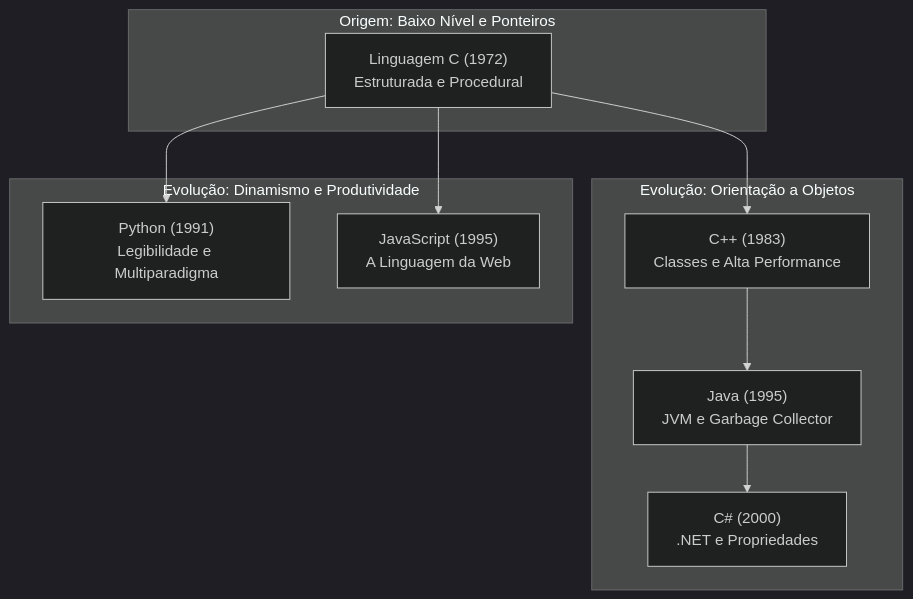
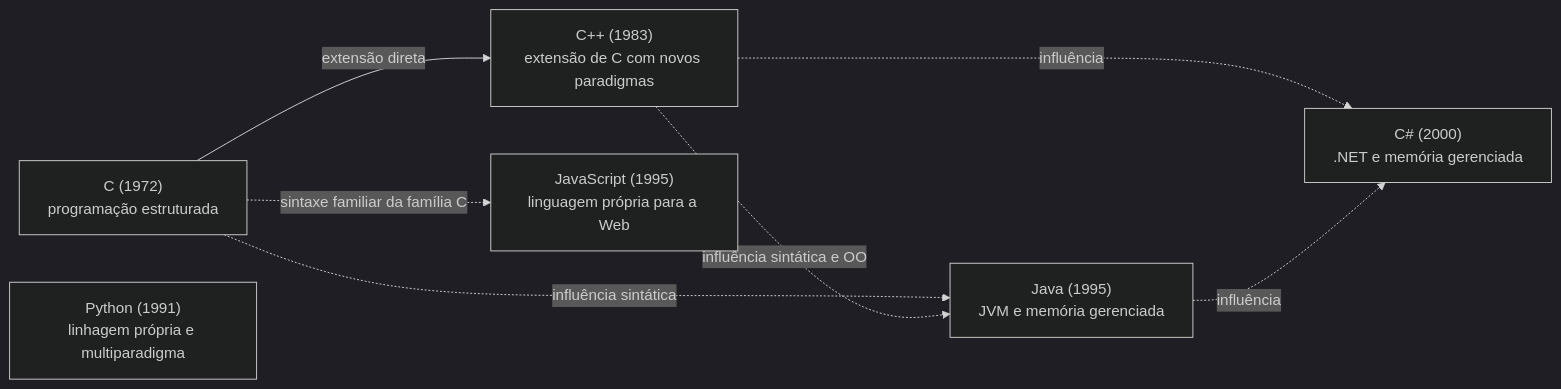
One commit to leorruas/puc changed the first of 2 diagrams in 00. Sintaxe Multilinguagem/00. Evolução das linguagens e genealogia do C (C, C++, Java, C#, JS, Python).md. Above: the diagram before and after it, drawn with Mermaid (dark theme). The commit also changed other lines of this file, not shown here.

Commit message:
Corrige genealogia e coleta de memória no guia multilinguagem

````diff
--- a/00. Sintaxe Multilinguagem/00. Evolução das linguagens e genealogia do C (C, C++, Java, C#, JS, Python).md
+++ b/00. Sintaxe Multilinguagem/00. Evolução das linguagens e genealogia do C (C, C++, Java, C#, JS, Python).md
@@ -37,22 +37,16 @@
 ```mermaid
-flowchart TD
-    subgraph Raiz ["Origem: Baixo Nível e Ponteiros"]
-        C["Linguagem C (1972)<br>Estruturada e Procedural"]
-    end
+flowchart LR
+    C["C (1972)<br>programação estruturada"]:::core
+    CPP["C++ (1983)<br>extensão de C com novos paradigmas"]:::component
+    Python["Python (1991)<br>linhagem própria e multiparadigma"]:::external
+    Java["Java (1995)<br>JVM e memória gerenciada"]:::component
+    JS["JavaScript (1995)<br>linguagem própria para a Web"]:::external
+    CSharp["C# (2000)<br>.NET e memória gerenciada"]:::data
 
-    subgraph RamoPOO ["Evolução: Orientação a Objetos"]
-        CPP["C++ (1983)<br>Classes e Alta Performance"]
-        JAVA["Java (1995)<br>JVM e Garbage Collector"]
-        CSHARP["C# (2000)<br>.NET e Propriedades"]
-        C --> CPP
-        CPP --> JAVA
-        JAVA --> CSHARP
-    end
-
-    subgraph RamoDinamico ["Evolução: Dinamismo e Produtividade"]
-        PYTHON["Python (1991)<br>Legibilidade e Multiparadigma"]
-        JS["JavaScript (1995)<br>A Linguagem da Web"]
-        C --> PYTHON
-        C --> JS
-    end
+    C -->|"extensão direta"| CPP
+    C -.->|"influência sintática"| Java
+    CPP -.->|"influência sintática e OO"| Java
+    C -.->|"sintaxe familiar da família C"| JS
+    CPP -.->|"influência"| CSharp
+    Java -.->|"influência"| CSharp
 ```
````
